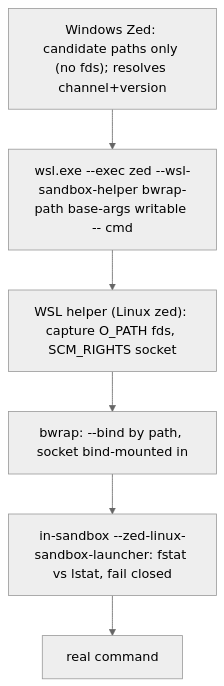
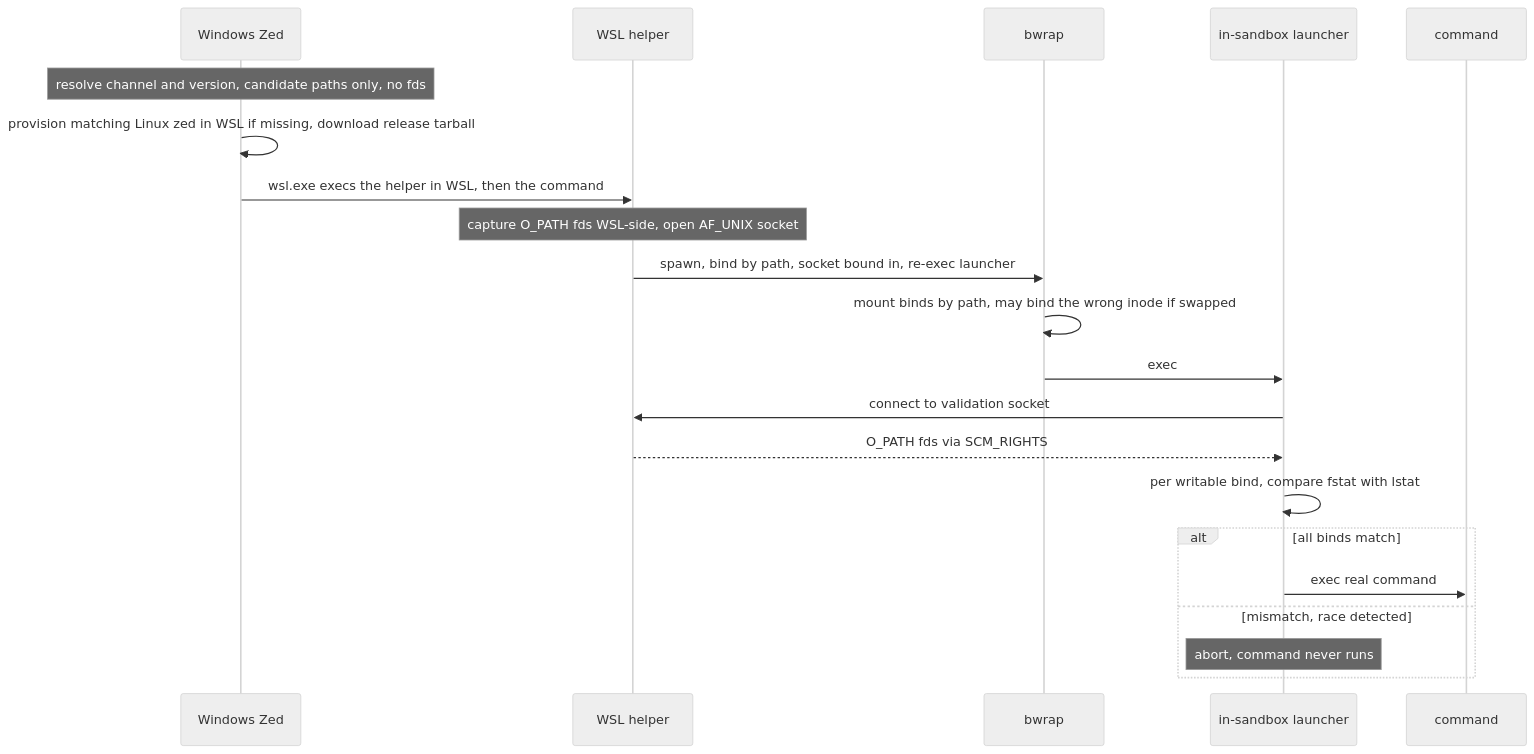
Before and after one commit to zed-industries/zed: the fourth of 4 diagrams in crates/sandbox/README.md, drawn with Mermaid (neutral theme). The commit also changed other lines of this file, not shown here.

````diff
--- a/crates/sandbox/README.md
+++ b/crates/sandbox/README.md
@@ -236,11 +232,24 @@
 ```mermaid
-flowchart TD
-    Win["Windows Zed: candidate paths only (no fds); resolves channel+version"]
-    Wsl["wsl.exe --exec zed --wsl-sandbox-helper bwrap-path base-args writable -- cmd"]
-    Helper["WSL helper (Linux zed): capture O_PATH fds, SCM_RIGHTS socket"]
-    Bwrap["bwrap: --bind by path, socket bind-mounted in"]
-    Val["in-sandbox --zed-linux-sandbox-launcher: fstat vs lstat, fail closed"]
-    Cmd["real command"]
+sequenceDiagram
+    participant Win as Windows Zed
+    participant Helper as WSL helper
+    participant Bwrap as bwrap
+    participant Launcher as in-sandbox launcher
+    participant Cmd as command
 
-    Win --> Wsl --> Helper --> Bwrap --> Val --> Cmd
+    Note over Win: resolve channel and version, candidate paths only, no fds
+    Win->>Win: provision matching Linux zed in WSL if missing, download release tarball
+    Win->>Helper: wsl.exe execs the helper in WSL, then the command
+    Note over Helper: capture O_PATH fds WSL-side, open AF_UNIX socket
+    Helper->>Bwrap: spawn, bind by path, socket bound in, re-exec launcher
+    Bwrap->>Bwrap: mount binds by path, may bind the wrong inode if swapped
+    Bwrap->>Launcher: exec
+    Launcher->>Helper: connect to validation socket
+    Helper-->>Launcher: O_PATH fds via SCM_RIGHTS
+    Launcher->>Launcher: per writable bind, compare fstat with lstat
+    alt all binds match
+        Launcher->>Cmd: exec real command
+    else mismatch, race detected
+        Note over Launcher: abort, command never runs
+    end
 ```
````
